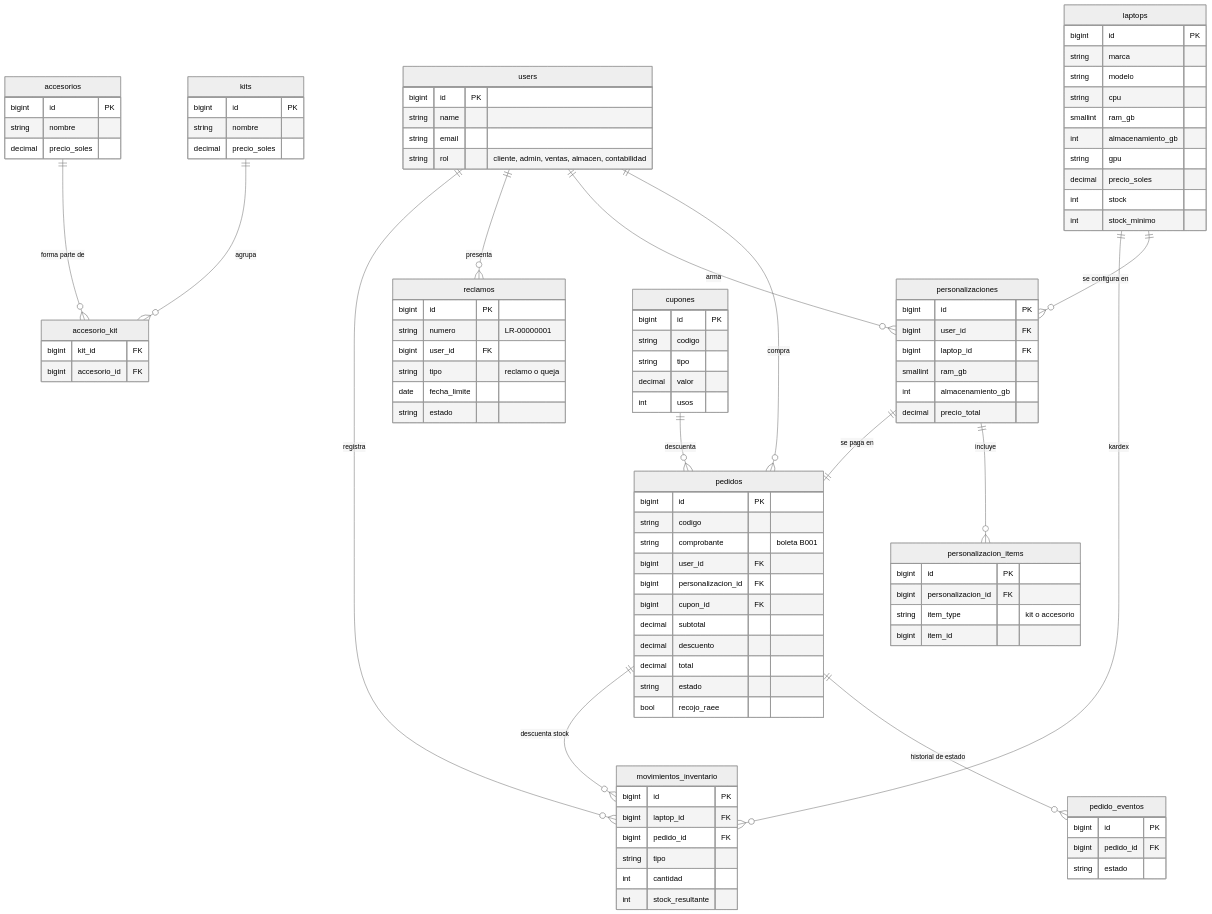
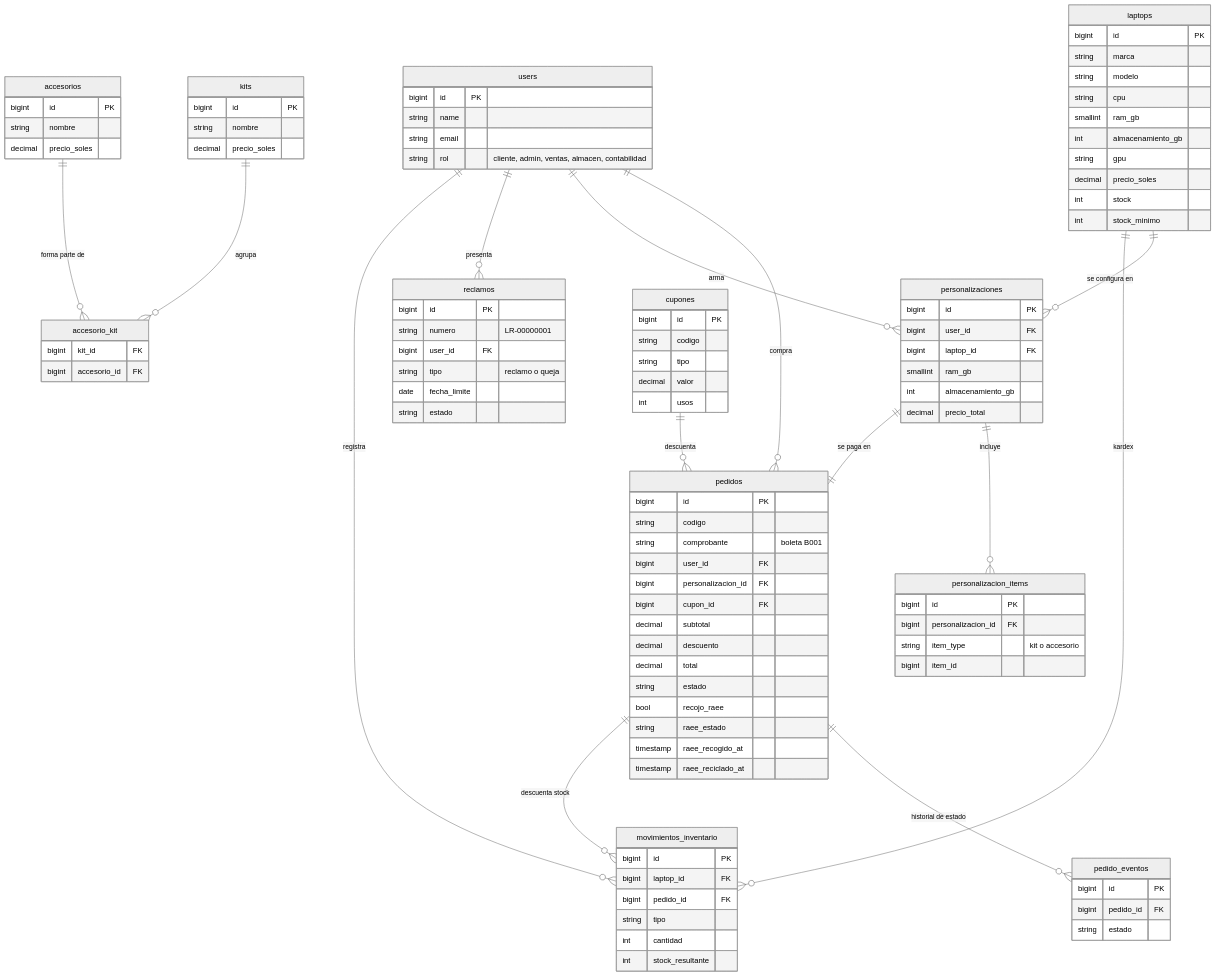
The first of 3 diagrams in docs/arquitectura/modelo-datos.md (Jackortega922/IngeTech-AI), drawn with Mermaid (neutral theme) before and after one commit. The commit also changed 14 other files, not shown here.

```diff
--- a/docs/arquitectura/modelo-datos.md
+++ b/docs/arquitectura/modelo-datos.md
@@ -101,6 +101,9 @@
         decimal total
         string estado
         bool recojo_raee
+        string raee_estado
+        timestamp raee_recogido_at
+        timestamp raee_reciclado_at
     }
     pedido_eventos {
         bigint id PK
```
